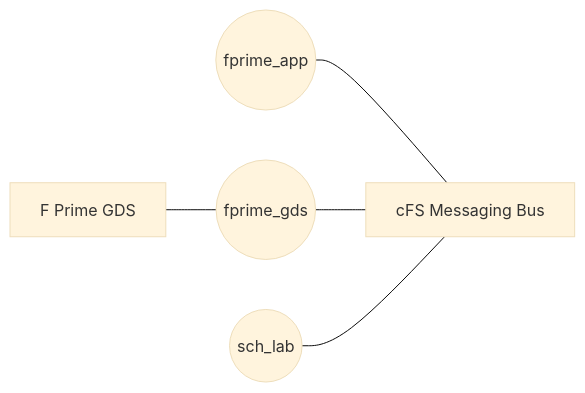
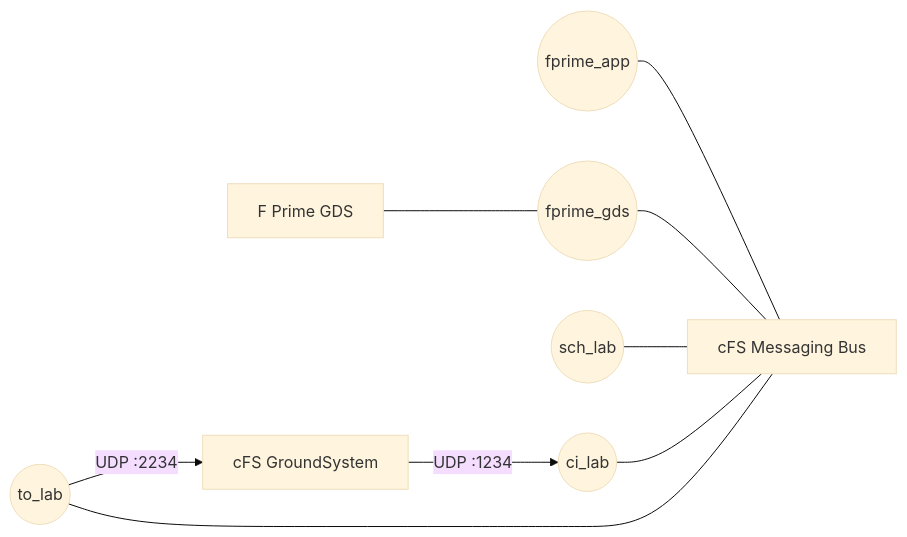
One commit to JPL-Devin/fprime_cfs_reference changed the diagram in README.md. Above: the diagram before and after it, drawn with Mermaid (base theme). The commit also changed other lines of this file and 4 other files, not shown here.

First line of the commit message:
Restore ci_lab/to_lab for direct cFS GroundSystem commanding and telemetry (#18)

````diff
--- a/README.md
+++ b/README.md
@@ -12,7 +18,11 @@
 ```mermaid
 flowchart LR
     fprime_app(("fprime_app")) --- Bus[cFS Messaging Bus]
     fprime_gds(("fprime_gds")) --- Bus
     sch_lab(("sch_lab")) --- Bus
+    ci_lab(("ci_lab")) --- Bus
+    to_lab(("to_lab")) --- Bus
     gds["F Prime GDS"] --- fprime_gds
+    cfsgds["cFS GroundSystem"] -- "UDP :1234" --> ci_lab
+    to_lab -- "UDP :2234" --> cfsgds
 ```
````
